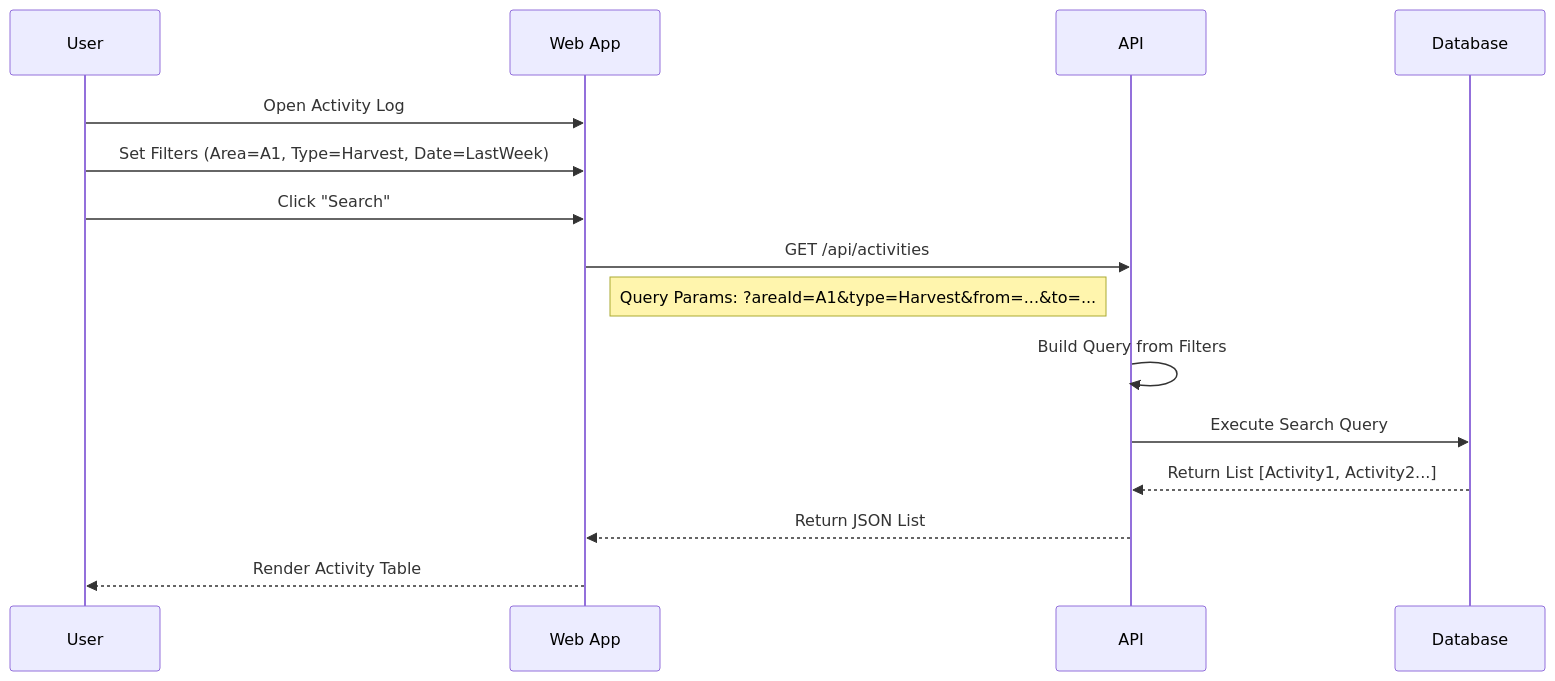
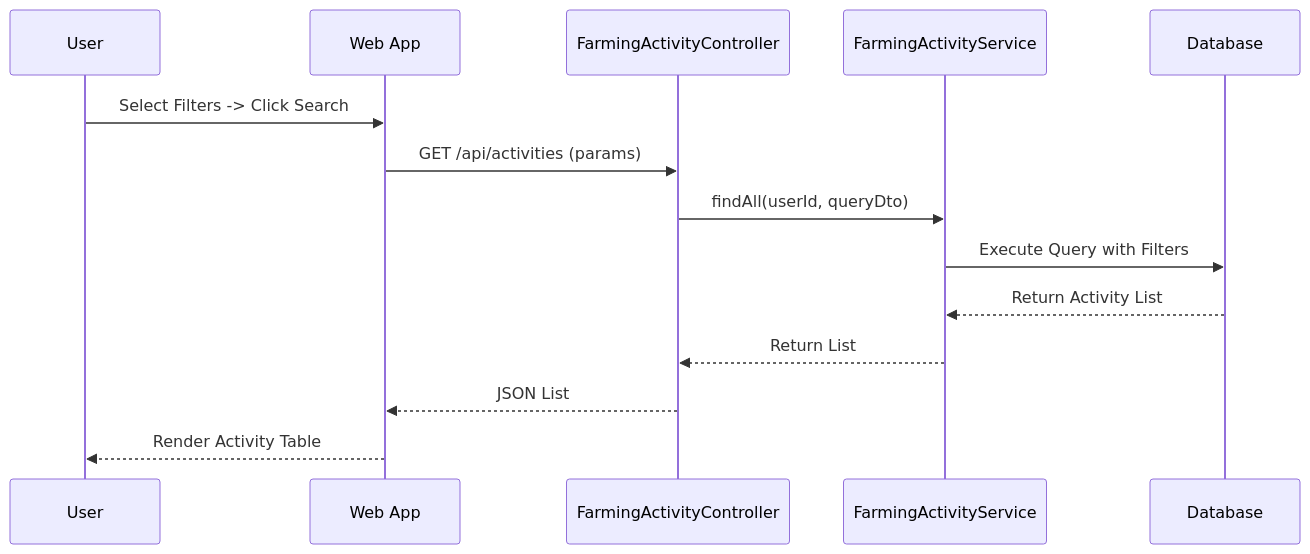
The second of 4 diagrams in DOC-TTCS/farming_activity_docs.md (duong4444/agribot-dev), drawn with Mermaid before and after one commit. The commit also changed other lines of this file and 7 other files, not shown here.

````diff
--- a/DOC-TTCS/farming_activity_docs.md
+++ b/DOC-TTCS/farming_activity_docs.md
@@ -75,19 +82,18 @@
 ```mermaid
 sequenceDiagram
     participant U as User
     participant FE as Web App
-    participant BE as API
+    participant CTL as FarmingActivityController
+    participant SVC as FarmingActivityService
     participant DB as Database
 
-    U->>FE: Open Activity Log
-    U->>FE: Set Filters (Area=A1, Type=Harvest, Date=LastWeek)
-    U->>FE: Click "Search"
-    FE->>BE: GET /api/activities
-    note right of FE: Query Params: ?areaId=A1&type=Harvest&from=...&to=...
+    U->>FE: Select Filters -> Click Search
+    FE->>CTL: GET /api/activities (params)
+    CTL->>SVC: findAll(userId, queryDto)
     
-    BE->>BE: Build Query from Filters
-    BE->>DB: Execute Search Query
-    DB-->>BE: Return List [Activity1, Activity2...]
-    BE-->>FE: Return JSON List
+    SVC->>DB: Execute Query with Filters
+    DB-->>SVC: Return Activity List
+    SVC-->>CTL: Return List
+    CTL-->>FE: JSON List
     FE-->>U: Render Activity Table
 ```
````
